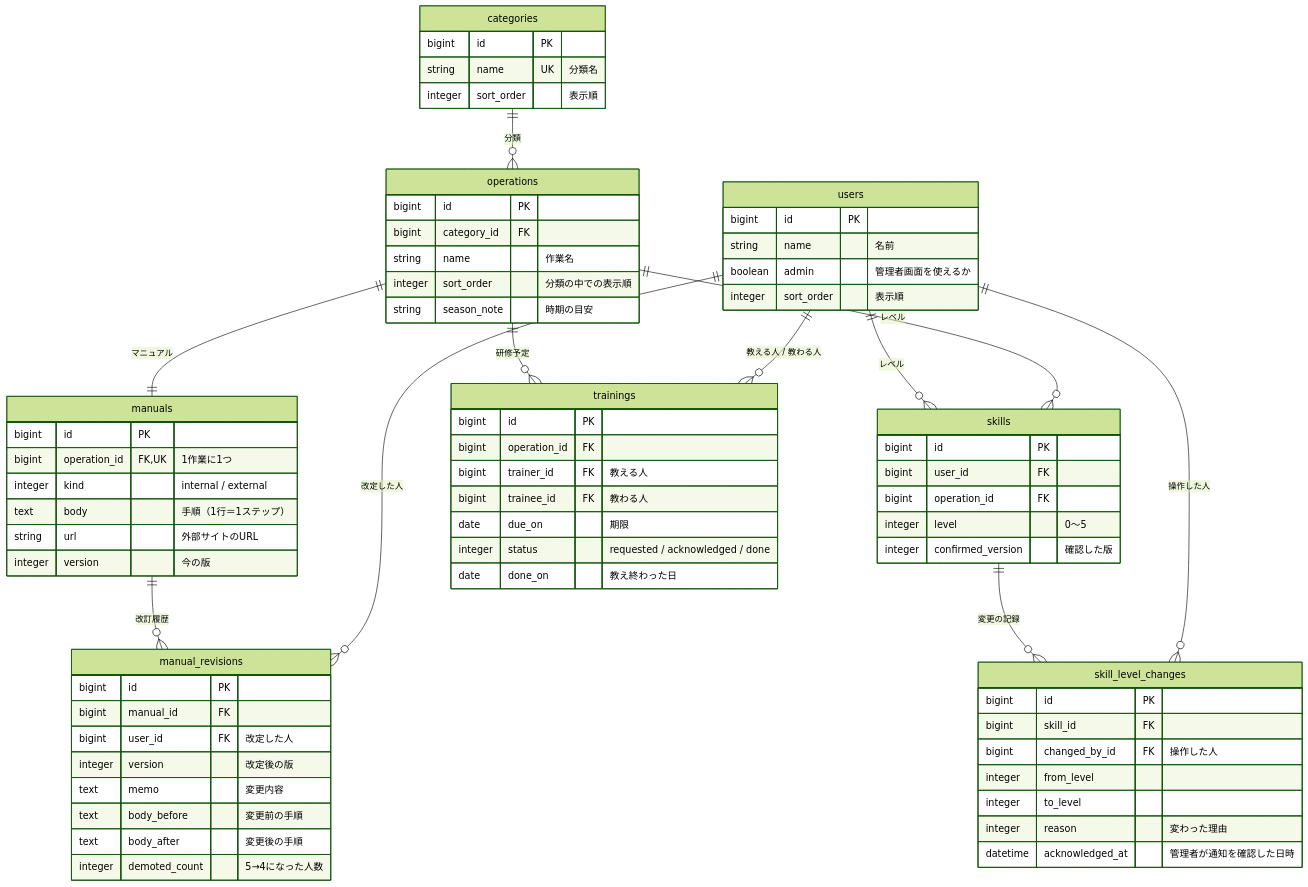
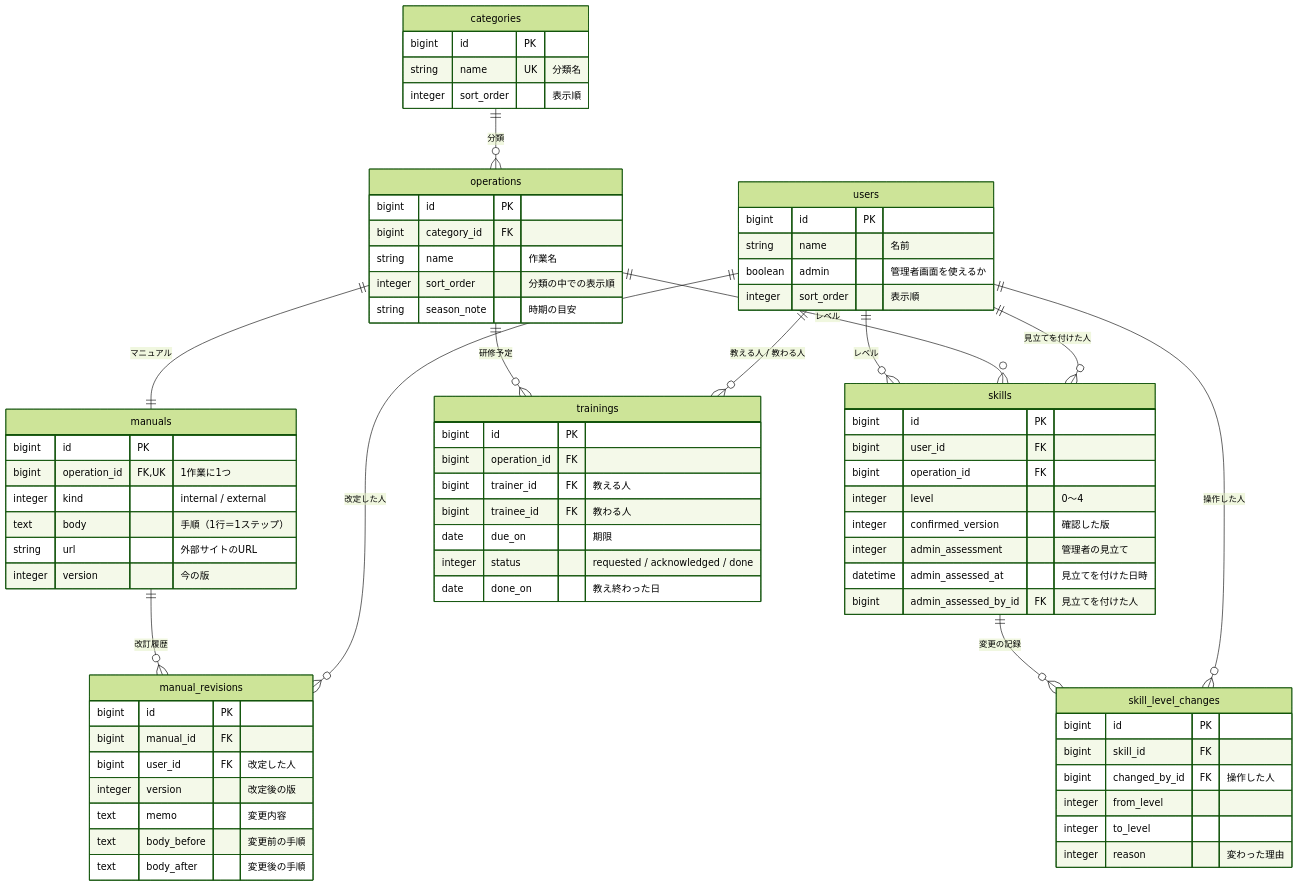
Before and after one commit to amiami/NCT_RUNTEQ_hackathon_app: the diagram in docs/data-model.md, drawn with Mermaid (forest theme). The commit also changed other lines of this file and 1 other file, not shown here.

````diff
--- a/docs/data-model.md
+++ b/docs/data-model.md
@@ -25,75 +26,77 @@
 ```mermaid
 erDiagram
   categories ||--o{ operations : "分類"
   operations ||--|| manuals : "マニュアル"
   manuals ||--o{ manual_revisions : "改訂履歴"
   users ||--o{ manual_revisions : "改定した人"
   users ||--o{ skills : "レベル"
   operations ||--o{ skills : "レベル"
+  users ||--o{ skills : "見立てを付けた人"
   skills ||--o{ skill_level_changes : "変更の記録"
   users ||--o{ skill_level_changes : "操作した人"
   operations ||--o{ trainings : "研修予定"
   users ||--o{ trainings : "教える人 / 教わる人"
 
   users {
     bigint id PK
     string name "名前"
     boolean admin "管理者画面を使えるか"
     integer sort_order "表示順"
   }
   categories {
     bigint id PK
     string name UK "分類名"
     integer sort_order "表示順"
   }
   operations {
     bigint id PK
     bigint category_id FK
     string name "作業名"
     integer sort_order "分類の中での表示順"
     string season_note "時期の目安"
   }
   manuals {
     bigint id PK
     bigint operation_id FK,UK "1作業に1つ"
     integer kind "internal / external"
     text body "手順（1行＝1ステップ）"
     string url "外部サイトのURL"
     integer version "今の版"
   }
   manual_revisions {
     bigint id PK
     bigint manual_id FK
     bigint user_id FK "改定した人"
     integer version "改定後の版"
     text memo "変更内容"
     text body_before "変更前の手順"
     text body_after "変更後の手順"
-    integer demoted_count "5→4になった人数"
   }
   skills {
     bigint id PK
     bigint user_id FK
     bigint operation_id FK
-    integer level "0〜5"
+    integer level "0〜4"
     integer confirmed_version "確認した版"
+    integer admin_assessment "管理者の見立て"
+    datetime admin_assessed_at "見立てを付けた日時"
+    bigint admin_assessed_by_id FK "見立てを付けた人"
   }
   skill_level_changes {
     bigint id PK
     bigint skill_id FK
     bigint changed_by_id FK "操作した人"
     integer from_level
     integer to_level
     integer reason "変わった理由"
-    datetime acknowledged_at "管理者が通知を確認した日時"
   }
   trainings {
     bigint id PK
     bigint operation_id FK
     bigint trainer_id FK "教える人"
     bigint trainee_id FK "教わる人"
     date due_on "期限"
     integer status "requested / acknowledged / done"
     date done_on "教え終わった日"
   }
 ```
````
